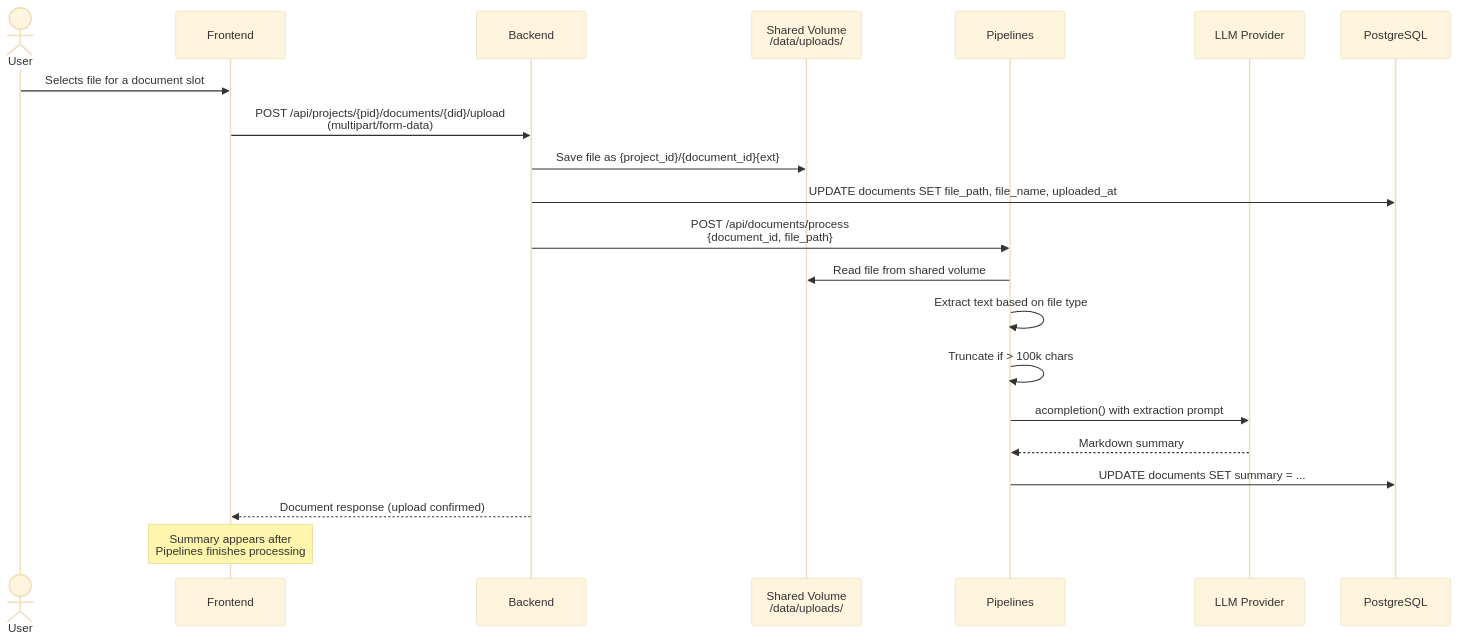
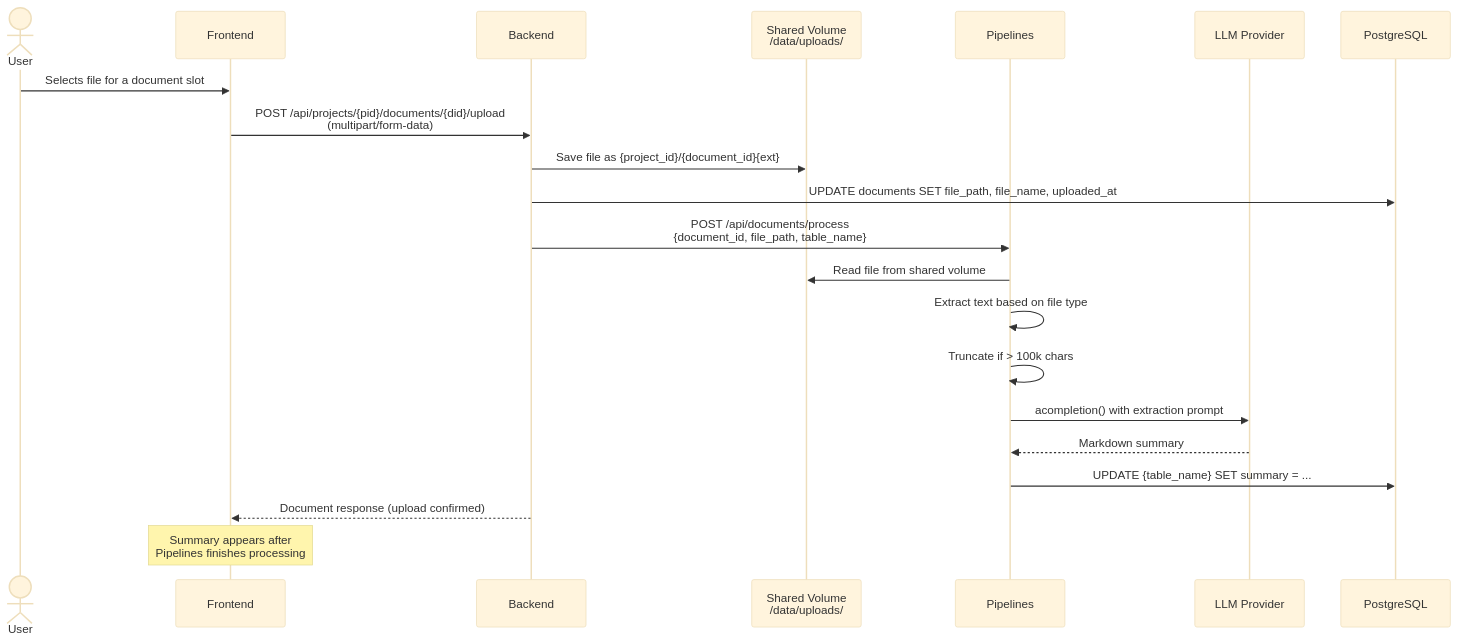
Before and after one commit to airbus/norma: the first of 2 diagrams in docs/document-processing.md, drawn with Mermaid (base theme). The commit also changed other lines of this file and 22 other files, not shown here.

````diff
--- a/docs/document-processing.md
+++ b/docs/document-processing.md
@@ -11,30 +13,30 @@
 ```mermaid
 sequenceDiagram
     actor User
     participant FE as Frontend
     participant BE as Backend
     participant VOL as Shared Volume<br/>/data/uploads/
     participant PL as Pipelines
     participant LLM as LLM Provider
     participant DB as PostgreSQL
 
     User->>FE: Selects file for a document slot
     FE->>BE: POST /api/projects/{pid}/documents/{did}/upload<br/>(multipart/form-data)
 
     BE->>VOL: Save file as {project_id}/{document_id}{ext}
     BE->>DB: UPDATE documents SET file_path, file_name, uploaded_at
 
-    BE->>PL: POST /api/documents/process<br/>{document_id, file_path}
+    BE->>PL: POST /api/documents/process<br/>{document_id, file_path, table_name}
 
     PL->>VOL: Read file from shared volume
     PL->>PL: Extract text based on file type
     PL->>PL: Truncate if > 100k chars
 
     PL->>LLM: acompletion() with extraction prompt
     LLM-->>PL: Markdown summary
 
-    PL->>DB: UPDATE documents SET summary = ...
+    PL->>DB: UPDATE {table_name} SET summary = ...
 
     BE-->>FE: Document response (upload confirmed)
     Note over FE: Summary appears after<br/>Pipelines finishes processing
 ```
````
